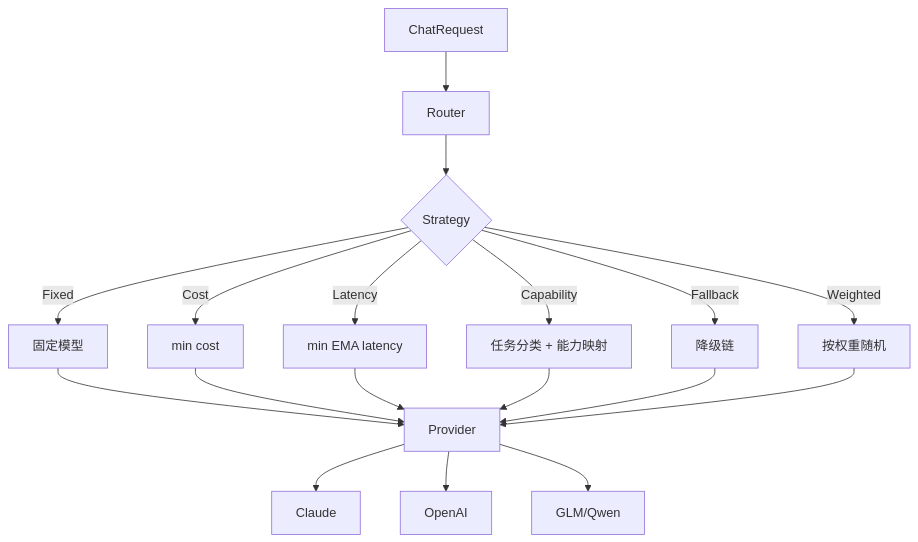
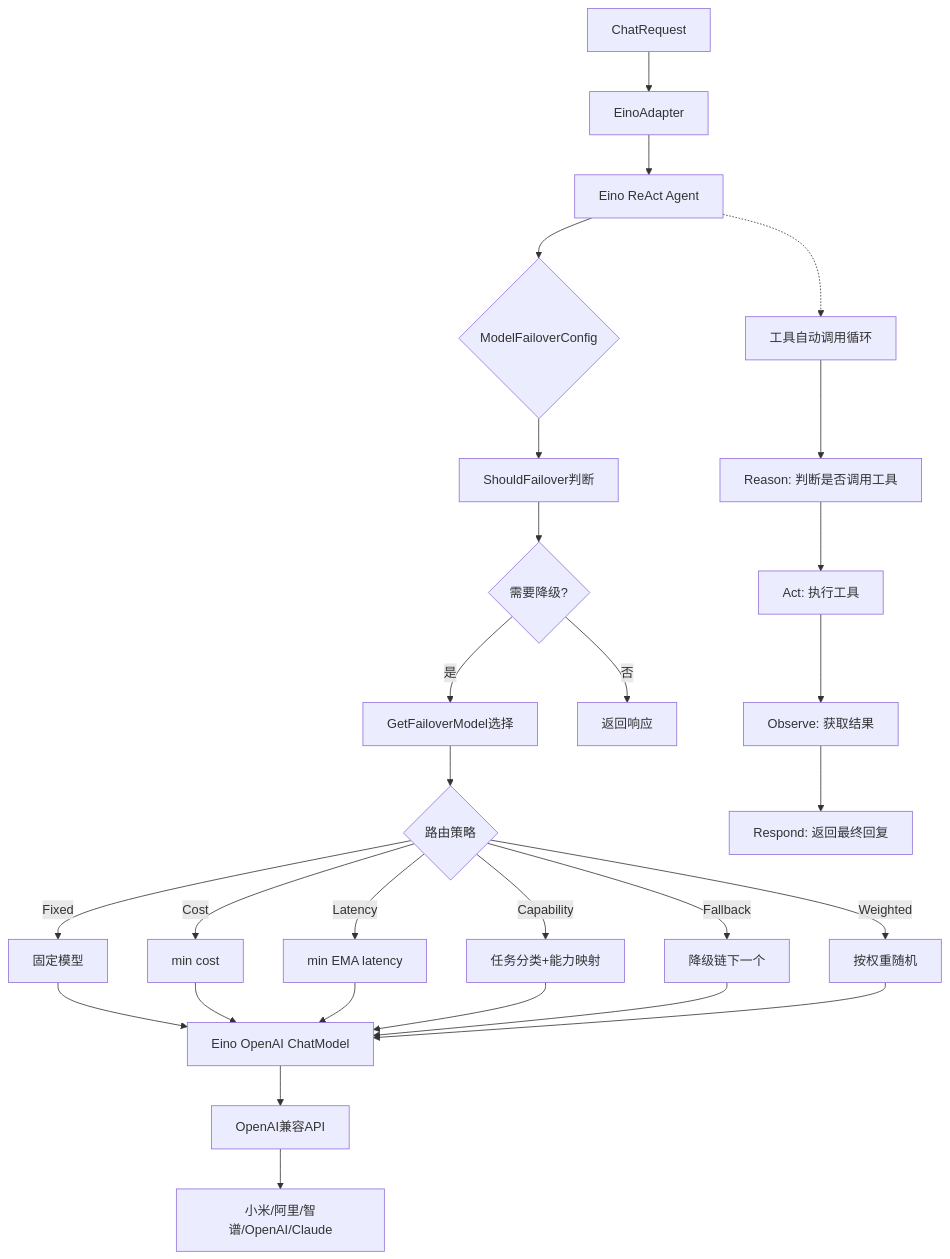
Before and after one commit to qjm134-source/taohuawu: the sixth of 10 diagrams in docs/ARCHITECTURE.md, drawn with Mermaid. The commit also changed other lines of this file and 35 other files, not shown here.

First line of the commit message:
refactor: migrate to Eino ReAct Agent for automatic tool calling

````diff
--- a/docs/ARCHITECTURE.md
+++ b/docs/ARCHITECTURE.md
@@ -186,20 +186,31 @@
 ```mermaid
 graph TB
-    A[ChatRequest] --> B[Router]
-    B --> C{Strategy}
-    C -->|Fixed| D[固定模型]
-    C -->|Cost| E[min cost]
-    C -->|Latency| F[min EMA latency]
-    C -->|Capability| G[任务分类 + 能力映射]
-    C -->|Fallback| H[降级链]
-    C -->|Weighted| I[按权重随机]
-    D --> J[Provider]
-    E --> J
-    F --> J
-    G --> J
-    H --> J
-    I --> J
-    J --> K[Claude]
-    J --> L[OpenAI]
-    J --> M[GLM/Qwen]
+    A[ChatRequest] --> B[EinoAdapter]
+    B --> C[Eino ReAct Agent]
+    C --> D{ModelFailoverConfig}
+    D --> E[ShouldFailover判断]
+    E --> F{需要降级?}
+    F -->|是| G[GetFailoverModel选择]
+    F -->|否| H[返回响应]
+    G --> I{路由策略}
+    I -->|Fixed| J[固定模型]
+    I -->|Cost| K[min cost]
+    I -->|Latency| L[min EMA latency]
+    I -->|Capability| M[任务分类+能力映射]
+    I -->|Fallback| N[降级链下一个]
+    I -->|Weighted| O[按权重随机]
+    J --> P[Eino OpenAI ChatModel]
+    K --> P
+    L --> P
+    M --> P
+    N --> P
+    O --> P
+    P --> Q[OpenAI兼容API]
+    Q --> R[小米/阿里/智谱/OpenAI/Claude]
+    
+    C -.-> S[工具自动调用循环]
+    S --> S1[Reason: 判断是否调用工具]
+    S1 --> S2[Act: 执行工具]
+    S2 --> S3[Observe: 获取结果]
+    S3 --> S4[Respond: 返回最终回复]
 ```
````
